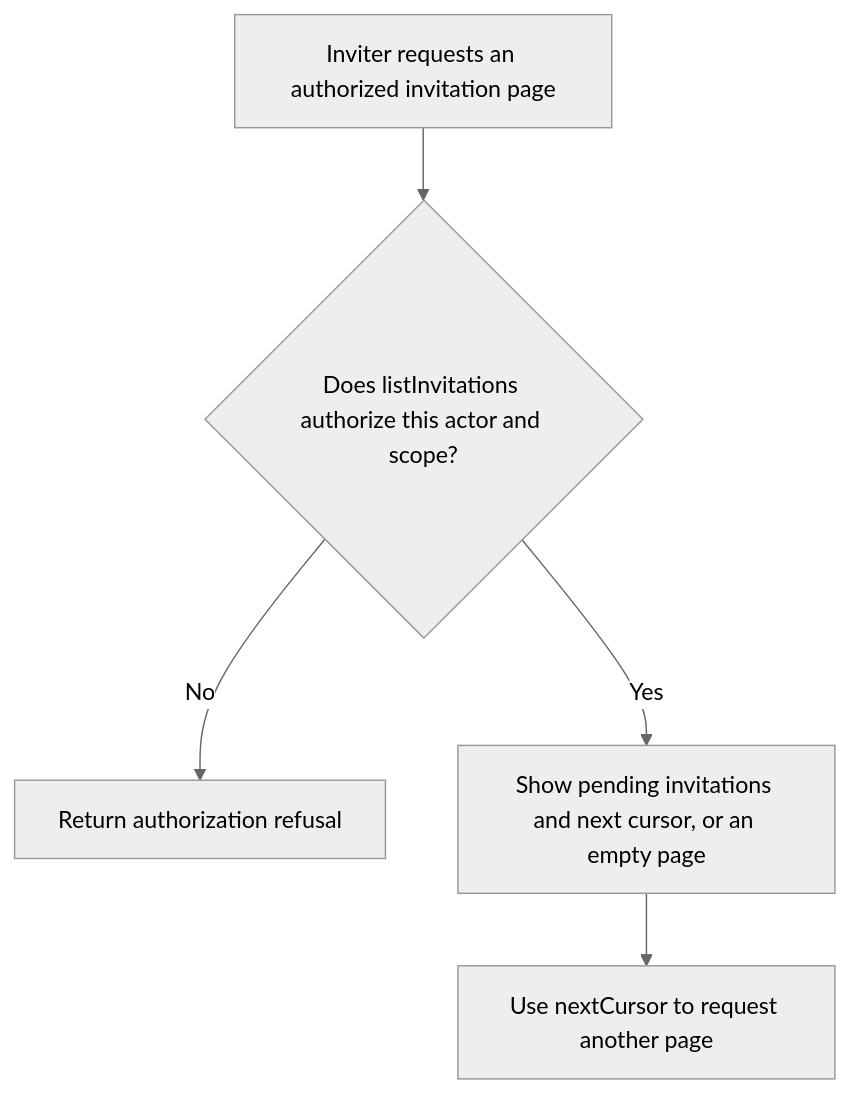
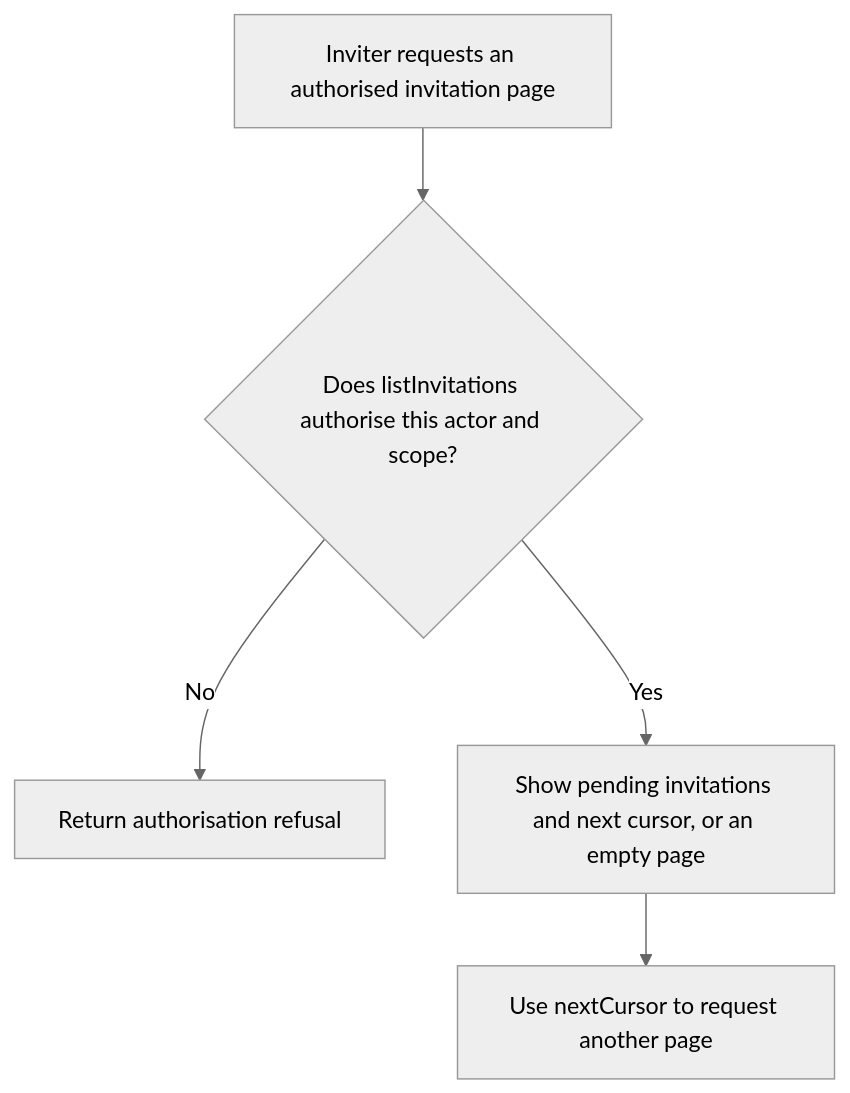
The first of 2 diagrams in user-stories/US-ACCOUNT-10-list-invitations.md (Kevinjohn/oss-adonisjs-account-kit), drawn with Mermaid (neutral theme) before and after one commit. The commit also changed other lines of this file and 93 other files, not shown here.

````diff
--- a/user-stories/US-ACCOUNT-10-list-invitations.md
+++ b/user-stories/US-ACCOUNT-10-list-invitations.md
@@ -18,7 +18,7 @@
 ```mermaid
 flowchart TD
- A["Inviter requests an authorized invitation page"] --> B{"Does listInvitations authorize this actor and scope?"}
- B -->|No| C["Return authorization refusal"]
+ A["Inviter requests an authorised invitation page"] --> B{"Does listInvitations authorise this actor and scope?"}
+ B -->|No| C["Return authorisation refusal"]
  B -->|Yes| D["Show pending invitations and next cursor, or an empty page"]
  D --> E["Use nextCursor to request another page"]
 ```
````
